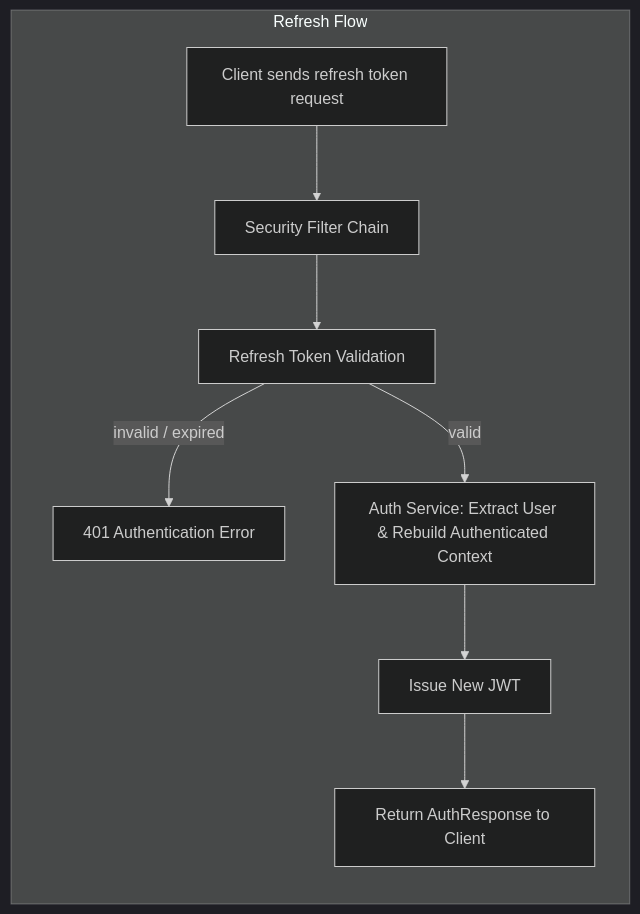
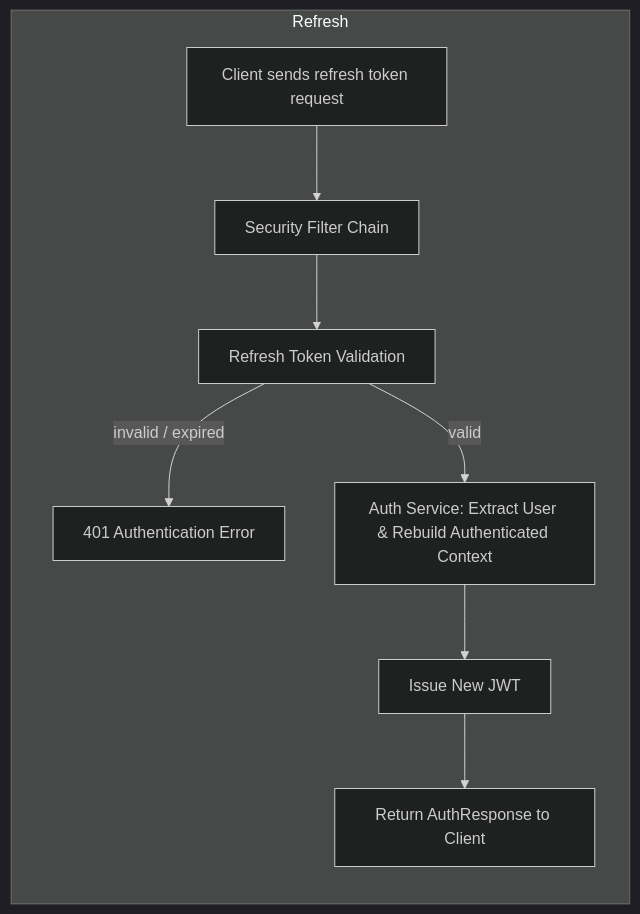
One commit to ahmedelsherif-osama/publisher-erp changed the sixth of 6 diagrams in src/docs/authflow.md. Above: the diagram before and after it, drawn with Mermaid (dark theme). The commit also changed other lines of this file and 1 other file, not shown here.

Commit message:
docs: simplify auth and order flow diagrams by removing "Flow" from graph titles

````diff
--- a/src/docs/authflow.md
+++ b/src/docs/authflow.md
@@ -70,11 +70,11 @@
 ```mermaid
 graph RL;
-    subgraph "Refresh Flow"
+    subgraph "Refresh"
         R[Client sends refresh token request] --> S[Security Filter Chain]
         S --> T[Refresh Token Validation]
         T -->|invalid / expired| U[401 Authentication Error]
         T -->|valid| V[Auth Service: Extract User & Rebuild Authenticated Context]
         V --> W[Issue New JWT]
         W --> X[Return AuthResponse to Client]
     end
 ```
````
